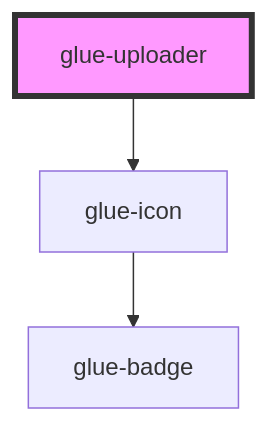
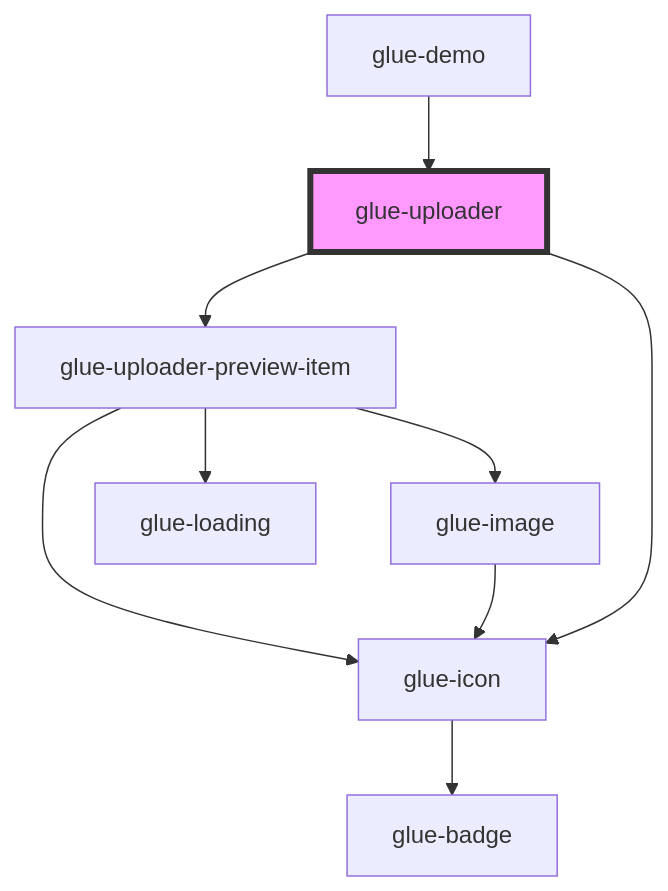
One commit to grasilife/glue changed the diagram in packages/glue-components/src/components/glue-uploader/readme.md. Above: the diagram before and after it, drawn with Mermaid. The commit also changed other lines of this file and 6 other files, not shown here.

````diff
--- a/packages/glue-components/src/components/glue-uploader/readme.md
+++ b/packages/glue-components/src/components/glue-uploader/readme.md
@@ -43,6 +60,12 @@
 ```mermaid
 graph TD;
+  glue-uploader --> glue-uploader-preview-item
   glue-uploader --> glue-icon
+  glue-uploader-preview-item --> glue-icon
+  glue-uploader-preview-item --> glue-loading
+  glue-uploader-preview-item --> glue-image
   glue-icon --> glue-badge
+  glue-image --> glue-icon
+  glue-demo --> glue-uploader
   style glue-uploader fill:#f9f,stroke:#333,stroke-width:4px
 ```
````
